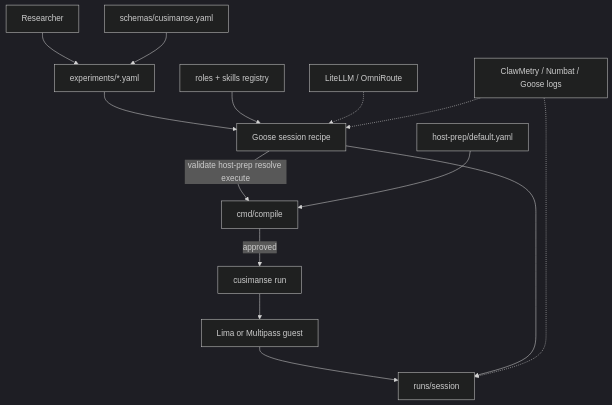
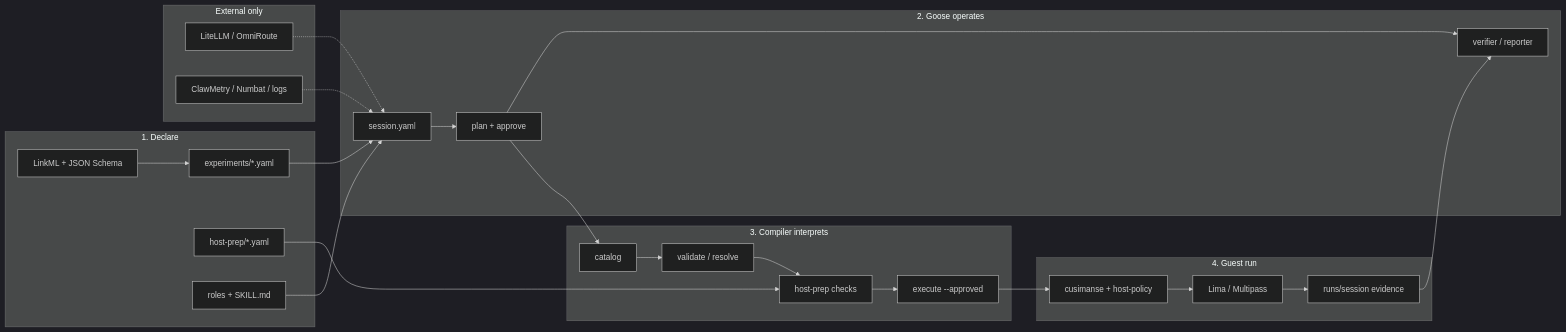
The diagram in docs/architecture/agentic-native-goose.mmd (Opposum0112/Cusimanse), drawn with Mermaid (dark theme) before and after one commit.

Commit message:
docs: sync architecture mermaid with README

```diff
--- a/docs/architecture/agentic-native-goose.mmd
+++ b/docs/architecture/agentic-native-goose.mmd
@@ -1,27 +1,45 @@
-flowchart TB
-  researcher[Researcher]
-  yaml[experiments/*.yaml]
-  schema[schemas/cusimanse.yaml]
-  goose[Goose session recipe]
-  roles[roles + skills registry]
-  prep[host-prep/default.yaml]
-  compile[cmd/compile]
-  engine[cusimanse run]
-  vm[Lima or Multipass guest]
-  runs[runs/session]
-  gw[LiteLLM / OmniRoute]
-  obs[ClawMetry / Numbat / Goose logs]
+flowchart LR
+  subgraph Declare["1. Declare"]
+    Schema["LinkML + JSON Schema"]
+    Exp["experiments/*.yaml"]
+    Prep["host-prep/*.yaml"]
+    Roles["roles + SKILL.md"]
+    Schema --> Exp
+  end
 
-  researcher --> yaml
-  schema --> yaml
-  yaml --> goose
-  roles --> goose
-  gw -.-> goose
-  goose -->|validate host-prep resolve execute| compile
-  prep --> compile
-  compile -->|approved| engine
-  engine --> vm
-  vm --> runs
-  goose --> runs
-  obs -.-> goose
-  obs -.-> runs
+  subgraph Operate["2. Goose operates"]
+    Recipe["session.yaml"]
+    Plan["plan + approve"]
+    Summon["verifier / reporter"]
+    Recipe --> Plan
+    Plan --> Summon
+  end
+
+  subgraph Compile["3. Compiler interprets"]
+    Cat["catalog"]
+    Val["validate / resolve"]
+    HP["host-prep checks"]
+    Ex["execute --approved"]
+    Cat --> Val --> HP --> Ex
+  end
+
+  subgraph Run["4. Guest run"]
+    Engine["cusimanse + host-policy"]
+    VM["Lima / Multipass"]
+    Ev["runs/session evidence"]
+    Engine --> VM --> Ev
+  end
+
+  subgraph Side["External only"]
+    GW["LiteLLM / OmniRoute"]
+    Obs["ClawMetry / Numbat / logs"]
+  end
+
+  Exp --> Recipe
+  Roles --> Recipe
+  Prep --> HP
+  Plan --> Cat
+  Ex --> Engine
+  Ev --> Summon
+  GW -.-> Recipe
+  Obs -.-> Recipe
```
